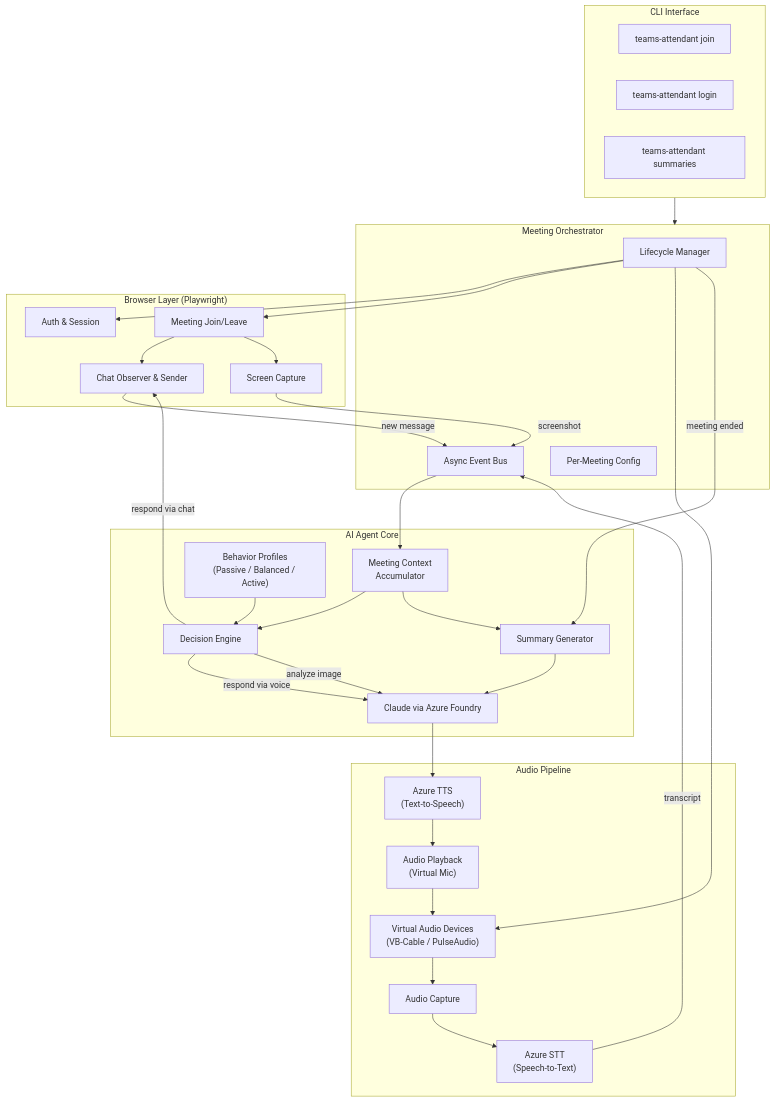
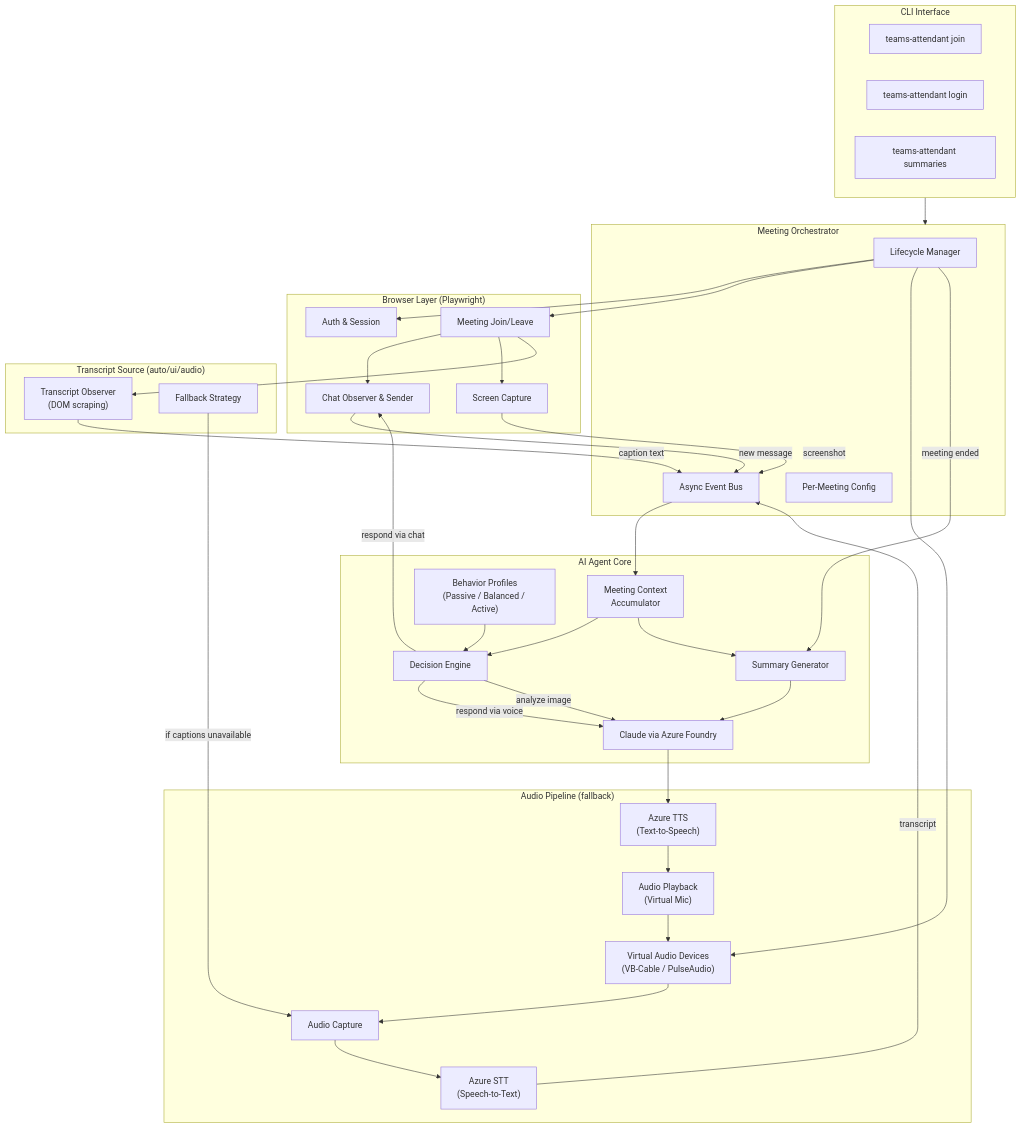
The diagram in README.md (markjgardner/teams-attendant), drawn with Mermaid before and after one commit. The commit also changed other lines of this file and 7 other files, not shown here.

First line of the commit message:
feat: add Teams UI transcript source with audio STT fallback

````diff
--- a/README.md
+++ b/README.md
@@ -17,67 +17,76 @@
 ```mermaid
 graph TB
     subgraph CLI["CLI Interface"]
         join["teams-attendant join"]
         login["teams-attendant login"]
         summaries["teams-attendant summaries"]
     end
 
     subgraph Orchestrator["Meeting Orchestrator"]
         lifecycle["Lifecycle Manager"]
         eventbus["Async Event Bus"]
         meetconfig["Per-Meeting Config"]
     end
 
     subgraph Browser["Browser Layer (Playwright)"]
         auth["Auth & Session"]
         meetjoin["Meeting Join/Leave"]
         chat["Chat Observer & Sender"]
         screen["Screen Capture"]
     end
 
-    subgraph Audio["Audio Pipeline"]
+    subgraph Transcript["Transcript Source (auto/ui/audio)"]
+        transcriptobs["Transcript Observer\n(DOM scraping)"]
+        fallback["Fallback Strategy"]
+    end
+
+    subgraph Audio["Audio Pipeline (fallback)"]
         vdev["Virtual Audio Devices\n(VB-Cable / PulseAudio)"]
         capture["Audio Capture"]
         stt["Azure STT\n(Speech-to-Text)"]
         tts["Azure TTS\n(Text-to-Speech)"]
         playback["Audio Playback\n(Virtual Mic)"]
     end
 
     subgraph Agent["AI Agent Core"]
         llm["Claude via Azure Foundry"]
         context["Meeting Context\nAccumulator"]
         decision["Decision Engine"]
         profiles["Behavior Profiles\n(Passive / Balanced / Active)"]
         summarizer["Summary Generator"]
     end
 
     CLI --> Orchestrator
     lifecycle --> auth
     lifecycle --> meetjoin
     lifecycle --> vdev
 
     meetjoin --> chat
     meetjoin --> screen
+    meetjoin --> transcriptobs
 
     chat -- "new message" --> eventbus
+    transcriptobs -- "caption text" --> eventbus
     stt -- "transcript" --> eventbus
     screen -- "screenshot" --> eventbus
+
+    fallback -- "if captions unavailable" --> capture
 
     eventbus --> context
     context --> decision
     profiles --> decision
 
     decision -- "respond via chat" --> chat
     decision -- "respond via voice" --> llm
     llm --> tts
     decision -- "analyze image" --> llm
 
     tts --> playback
     playback --> vdev
     capture --> stt
     vdev --> capture
 
     lifecycle -- "meeting ended" --> summarizer
     context --> summarizer
     summarizer --> llm
 ```
````
